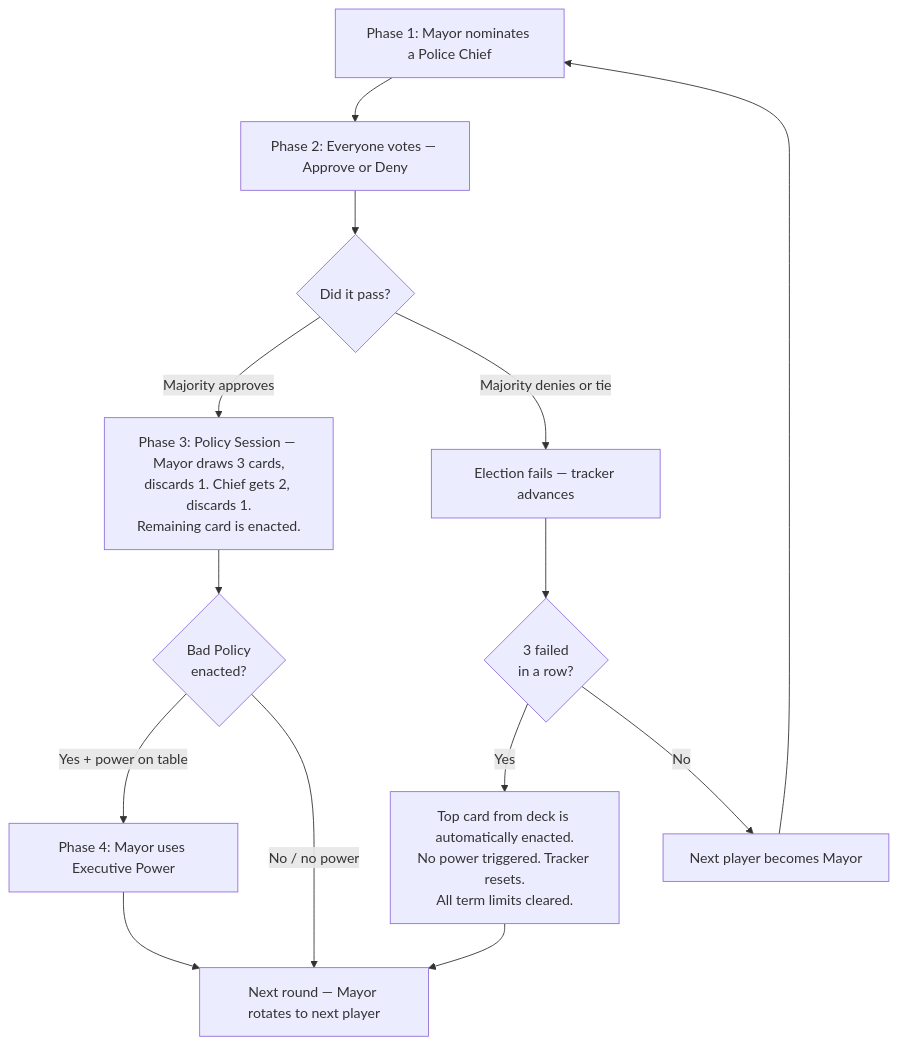
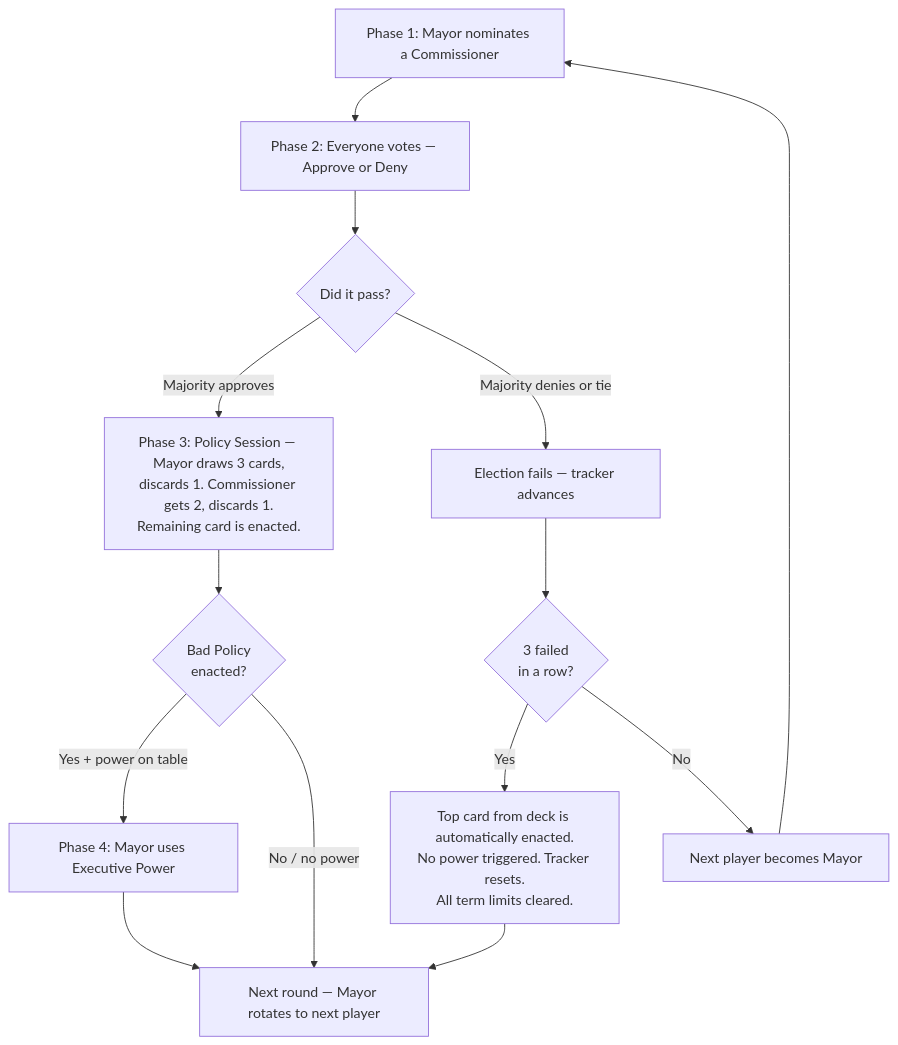
Before and after one commit to mbriggsy/ai-learning-journey: the diagram in projects/undercover-mob-boss/docs/shared/user/HOW-TO-PLAY.md, drawn with Mermaid. The commit also changed other lines of this file and 2 other files, not shown here.

````diff
--- a/projects/undercover-mob-boss/docs/shared/user/HOW-TO-PLAY.md
+++ b/projects/undercover-mob-boss/docs/shared/user/HOW-TO-PLAY.md
@@ -95,28 +95,28 @@
 ```mermaid
 flowchart TD
-    NOM["Phase 1: Mayor nominates a Police Chief"]
+    NOM["Phase 1: Mayor nominates a Commissioner"]
     VOTE["Phase 2: Everyone votes — Approve or Deny"]
     PASS{"Did it pass?"}
-    POLICY["Phase 3: Policy Session — Mayor draws 3 cards,\ndiscards 1. Chief gets 2, discards 1.\nRemaining card is enacted."]
+    POLICY["Phase 3: Policy Session — Mayor draws 3 cards,\ndiscards 1. Commissioner gets 2, discards 1.\nRemaining card is enacted."]
     BAD{"Bad Policy\nenacted?"}
     POWER["Phase 4: Mayor uses Executive Power"]
     NEXT["Next round — Mayor rotates to next player"]
     FAIL["Election fails — tracker advances"]
     THREE{"3 failed\nin a row?"}
     AUTO["Top card from deck is automatically enacted.\nNo power triggered. Tracker resets.\nAll term limits cleared."]
     NEXTMAYOR["Next player becomes Mayor"]
 
     NOM --> VOTE
     VOTE --> PASS
     PASS -- "Majority approves" --> POLICY
     PASS -- "Majority denies or tie" --> FAIL
     POLICY --> BAD
     BAD -- "Yes + power on table" --> POWER
     BAD -- "No / no power" --> NEXT
     POWER --> NEXT
     FAIL --> THREE
     THREE -- "Yes" --> AUTO
     THREE -- "No" --> NEXTMAYOR
     AUTO --> NEXT
     NEXTMAYOR --> NOM
 ```
````
